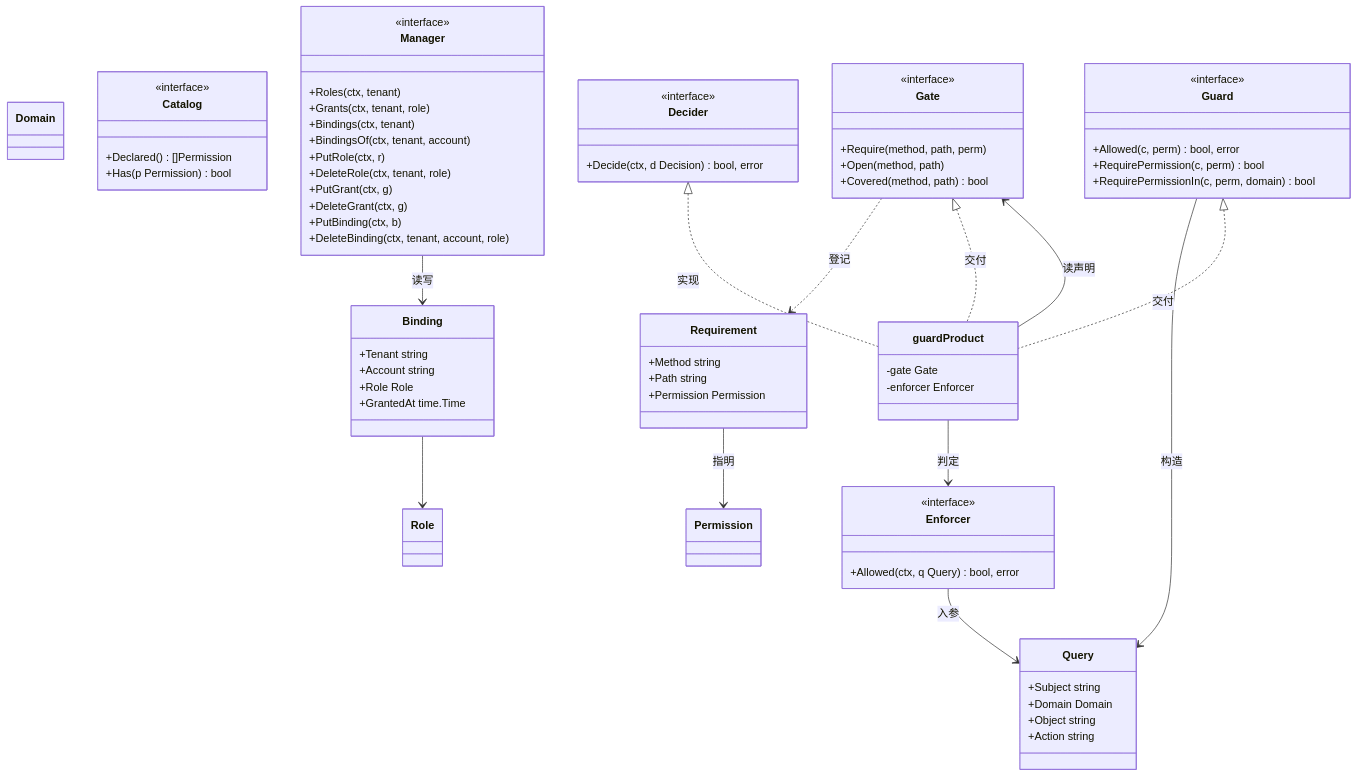
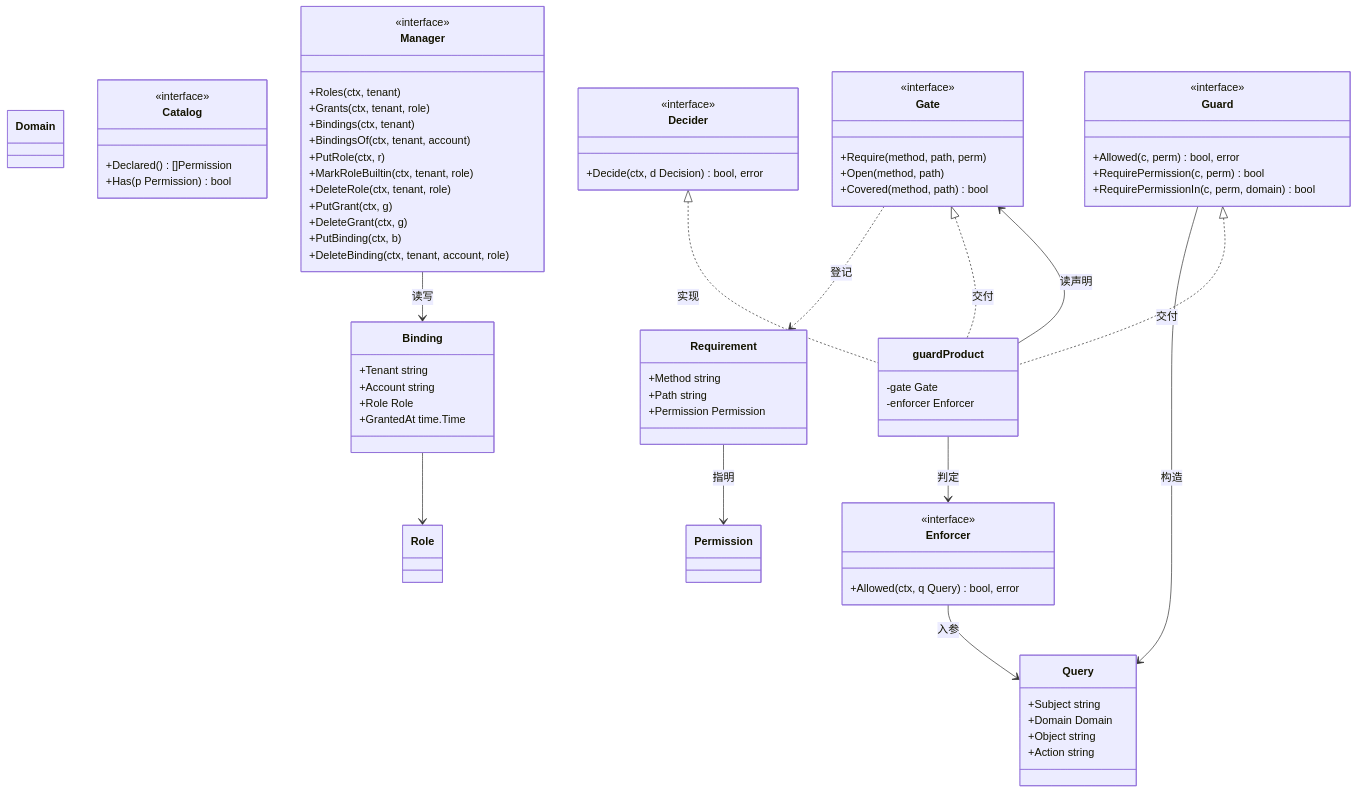
Before and after one commit to wangzw/speed: the first of 3 diagrams in docs/design/modules/design-authz.md, drawn with Mermaid. The commit also changed other lines of this file and 22 other files, not shown here.

````diff
--- a/docs/design/modules/design-authz.md
+++ b/docs/design/modules/design-authz.md
@@ -348,76 +351,77 @@
 ```mermaid
 classDiagram
     class Permission
     class Role
     class Domain
     class Query {
         +Subject string
         +Domain Domain
         +Object string
         +Action string
     }
     class Requirement {
         +Method string
         +Path string
         +Permission Permission
     }
     class Enforcer {
         <<interface>>
         +Allowed(ctx, q Query) bool, error
     }
     class Catalog {
         <<interface>>
         +Declared() []Permission
         +Has(p Permission) bool
     }
     class Gate {
         <<interface>>
         +Require(method, path, perm)
         +Open(method, path)
         +Covered(method, path) bool
     }
     class Guard {
         <<interface>>
         +Allowed(c, perm) bool, error
         +RequirePermission(c, perm) bool
         +RequirePermissionIn(c, perm, domain) bool
     }
     class Manager {
         <<interface>>
         +Roles(ctx, tenant)
         +Grants(ctx, tenant, role)
         +Bindings(ctx, tenant)
         +BindingsOf(ctx, tenant, account)
         +PutRole(ctx, r)
+        +MarkRoleBuiltin(ctx, tenant, role)
         +DeleteRole(ctx, tenant, role)
         +PutGrant(ctx, g)
         +DeleteGrant(ctx, g)
         +PutBinding(ctx, b)
         +DeleteBinding(ctx, tenant, account, role)
     }
     class Binding {
         +Tenant string
         +Account string
         +Role Role
         +GrantedAt time.Time
     }
     class Decider {
         <<interface>>
         +Decide(ctx, d Decision) bool, error
     }
     class guardProduct {
         -gate Gate
         -enforcer Enforcer
     }
     Enforcer --> Query : 入参
     Guard --> Query : 构造
     Requirement --> Permission : 指明
     Gate ..> Requirement : 登记
     Binding --> Role
     Manager --> Binding : 读写
     Decider <|.. guardProduct : 实现
     Guard <|.. guardProduct : 交付
     Gate <|.. guardProduct : 交付
     guardProduct --> Enforcer : 判定
     guardProduct --> Gate : 读声明
 ```
````
